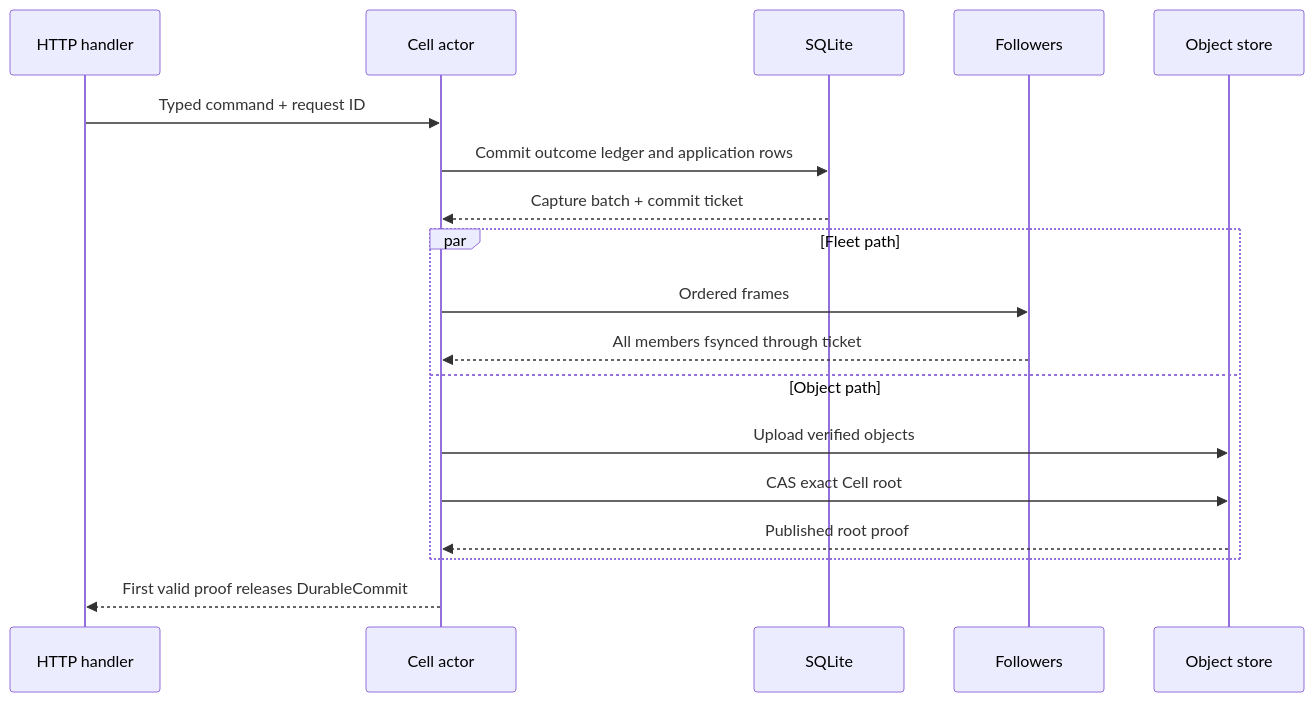
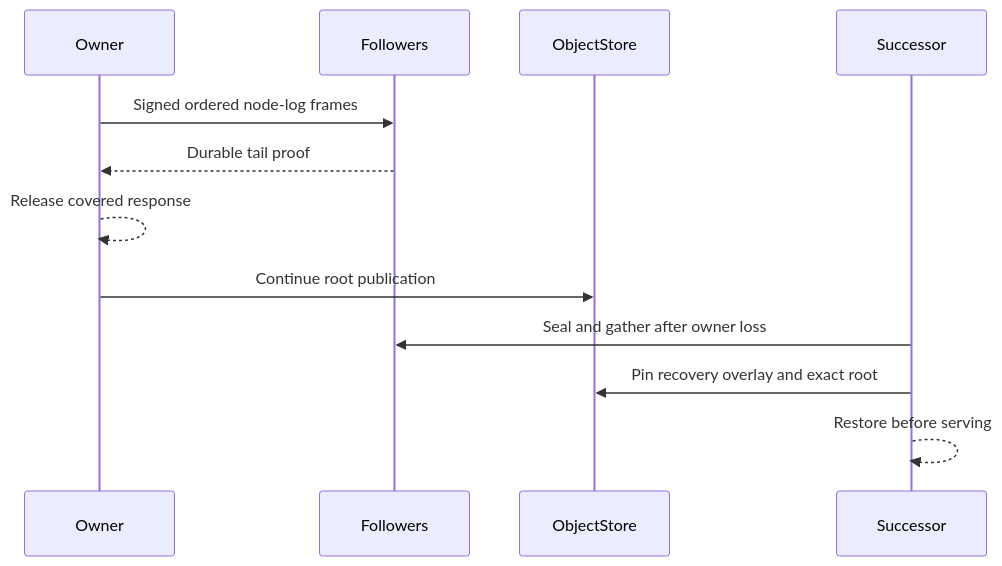
Before and after one commit to andypeng2015/cellule: the diagram in crates/cellule-runtime/docs/failover-and-followers.md, drawn with Mermaid. The commit also changed other lines of this file and 181 other files, not shown here.

````diff
--- a/crates/cellule-runtime/docs/failover-and-followers.md
+++ b/crates/cellule-runtime/docs/failover-and-followers.md
@@ -759,21 +7,14 @@
 ```mermaid
 sequenceDiagram
-    participant H as HTTP handler
-    participant A as Cell actor
-    participant S as SQLite
-    participant F as Followers
-    participant O as Object store
-
-    H->>A: Typed command + request ID
-    A->>S: Commit outcome ledger and application rows
-    S-->>A: Capture batch + commit ticket
-    par Fleet path
-        A->>F: Ordered frames
-        F-->>A: All members fsynced through ticket
-    and Object path
-        A->>O: Upload verified objects
-        A->>O: CAS exact Cell root
-        O-->>A: Published root proof
-    end
-    A-->>H: First valid proof releases DurableCommit
+    participant Owner
+    participant Followers
+    participant ObjectStore
+    participant Successor
+    Owner->>Followers: Signed ordered node-log frames
+    Followers-->>Owner: Durable tail proof
+    Owner-->>Owner: Release covered response
+    Owner->>ObjectStore: Continue root publication
+    Successor->>Followers: Seal and gather after owner loss
+    Successor->>ObjectStore: Pin recovery overlay and exact root
+    Successor-->>Successor: Restore before serving
 ```
````
